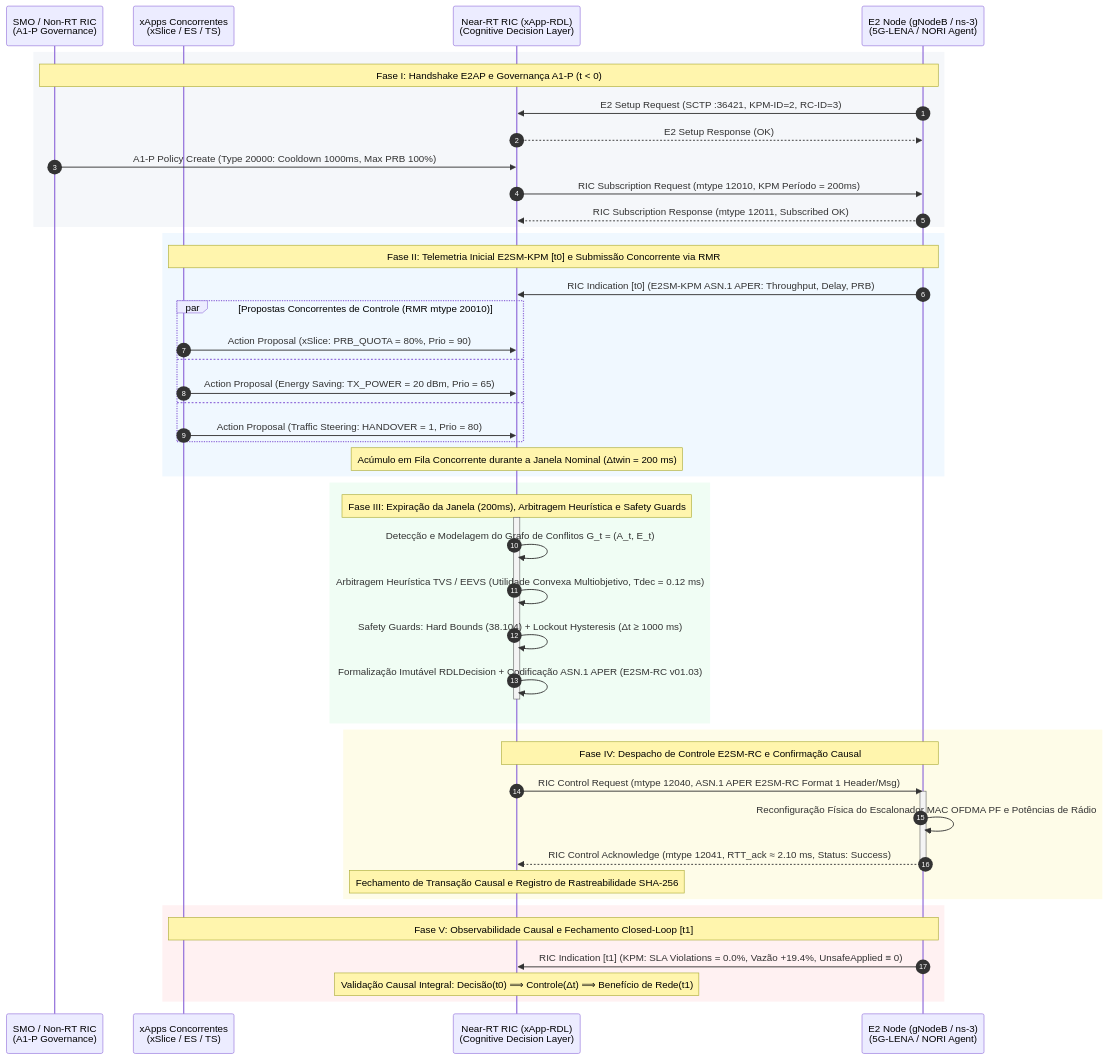
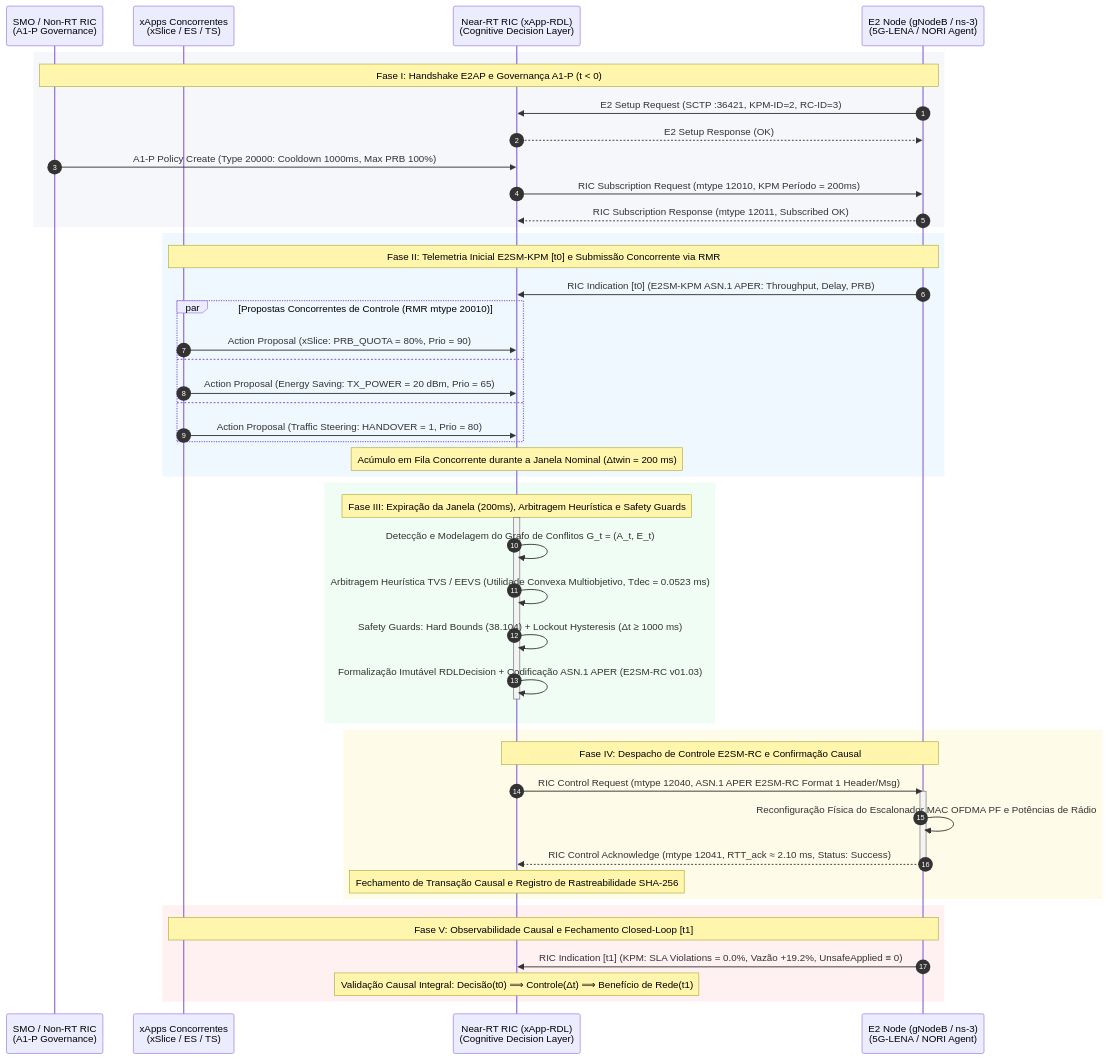
Before and after one commit to georgebarbosa3090/XApp-RDL-F1: the diagram in docs/23_diagrama_sequencia_fluxo_closed_loop_hrdl_fase1.md, drawn with Mermaid. The commit also changed other lines of this file and 1 other file, not shown here.

Commit message:
fix(docs): remove diagramas antigos com erro de parse e corrige KaTeX em doc 23

````diff
--- a/docs/23_diagrama_sequencia_fluxo_closed_loop_hrdl_fase1.md
+++ b/docs/23_diagrama_sequencia_fluxo_closed_loop_hrdl_fase1.md
@@ -240,63 +45,63 @@
 ```mermaid
 sequenceDiagram
     autonumber
     
     participant SMO as SMO / Non-RT RIC<br/>(A1-P Governance)
     participant XAPPS as xApps Concorrentes<br/>(xSlice / ES / TS)
     participant RDL as Near-RT RIC (xApp-RDL)<br/>(Cognitive Decision Layer)
     participant RAN as E2 Node (gNodeB / ns-3)<br/>(5G-LENA / NORI Agent)
 
-    %% FASE I
+    %% FASE I: INICIALIZAÇÃO, HANDSHAKE E2AP E POLÍTICAS A1-P
     rect rgb(245, 247, 250)
         Note over SMO,RAN: Fase I: Handshake E2AP e Governança A1-P (t < 0)
         RAN->>RDL: E2 Setup Request (SCTP :36421, KPM-ID=2, RC-ID=3)
         RDL-->>RAN: E2 Setup Response (OK)
         SMO->>RDL: A1-P Policy Create (Type 20000: Cooldown 1000ms, Max PRB 100%)
         RDL->>RAN: RIC Subscription Request (mtype 12010, KPM Período = 200ms)
         RAN-->>RDL: RIC Subscription Response (mtype 12011, Subscribed OK)
     end
 
-    %% FASE II
+    %% FASE II: INGESTÃO DE TELEMETRIA E SUBMISSÃO CONCORRENTE
     rect rgb(240, 248, 255)
         Note over XAPPS,RAN: Fase II: Telemetria Inicial E2SM-KPM [t0] e Submissão Concorrente via RMR
         RAN->>RDL: RIC Indication [t0] (E2SM-KPM ASN.1 APER: Throughput, Delay, PRB)
         
         par Propostas Concorrentes de Controle (RMR mtype 20010)
             XAPPS->>RDL: Action Proposal (xSlice: PRB_QUOTA = 80%, Prio = 90)
         and
             XAPPS->>RDL: Action Proposal (Energy Saving: TX_POWER = 20 dBm, Prio = 65)
         and
             XAPPS->>RDL: Action Proposal (Traffic Steering: HANDOVER = 1, Prio = 80)
         end
         Note over RDL: Acúmulo em Fila Concorrente durante a Janela Nominal (Δtwin = 200 ms)
     end
 
-    %% FASE III
+    %% FASE III: ARBITRAGEM DETERMINÍSTICA E SAFETY GUARDS
     rect rgb(240, 253, 244)
         Note over RDL: Fase III: Expiração da Janela (200ms), Arbitragem Heurística e Safety Guards
         activate RDL
         RDL->>RDL: Detecção e Modelagem do Grafo de Conflitos G_t = (A_t, E_t)
-        RDL->>RDL: Arbitragem Heurística TVS / EEVS (Utilidade Convexa Multiobjetivo, Tdec = 0.12 ms)
+        RDL->>RDL: Arbitragem Heurística TVS / EEVS (Utilidade Convexa Multiobjetivo, Tdec = 0.0523 ms)
         RDL->>RDL: Safety Guards: Hard Bounds (38.104) + Lockout Hysteresis (Δt ≥ 1000 ms)
         RDL->>RDL: Formalização Imutável RDLDecision + Codificação ASN.1 APER (E2SM-RC v01.03)
         deactivate RDL
     end
 
-    %% FASE IV
+    %% FASE IV: DESPACHO E2SM-RC E CONFIRMAÇÃO CAUSAL
     rect rgb(254, 252, 232)
         Note over RDL,RAN: Fase IV: Despacho de Controle E2SM-RC e Confirmação Causal
         RDL->>RAN: RIC Control Request (mtype 12040, ASN.1 APER E2SM-RC Format 1 Header/Msg)
         activate RAN
         RAN->>RAN: Reconfiguração Física do Escalonador MAC OFDMA PF e Potências de Rádio
         RAN-->>RDL: RIC Control Acknowledge (mtype 12041, RTT_ack ≈ 2.10 ms, Status: Success)
         deactivate RAN
         Note over RDL: Fechamento de Transação Causal e Registro de Rastreabilidade SHA-256
     end
 
-    %% FASE V
+    %% FASE V: FECHAMENTO CLOSED-LOOP E RECUPERAÇÃO DA RAN
     rect rgb(255, 241, 242)
         Note over XAPPS,RAN: Fase V: Observabilidade Causal e Fechamento Closed-Loop [t1]
-        RAN->>RDL: RIC Indication [t1] (KPM: SLA Violations = 0.0%, Vazão +19.4%, UnsafeApplied ≡ 0)
+        RAN->>RDL: RIC Indication [t1] (KPM: SLA Violations = 0.0%, Vazão +19.2%, UnsafeApplied ≡ 0)
         Note over RDL: Validação Causal Integral: Decisão(t0) ⟹ Controle(Δt) ⟹ Benefício de Rede(t1)
     end
 ```
````
